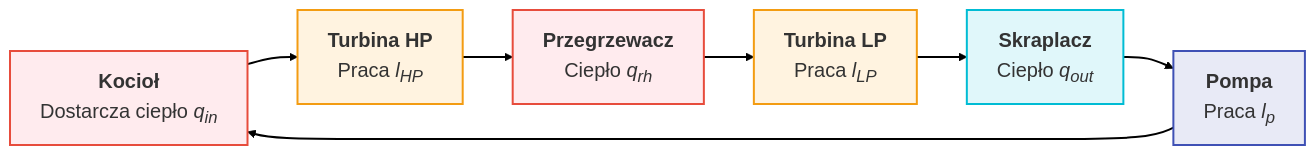
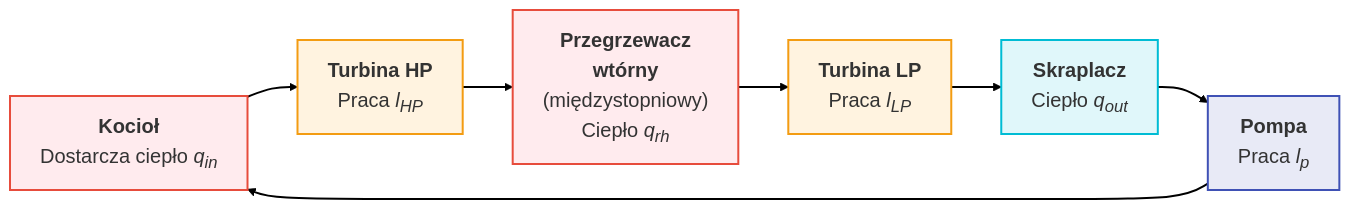
One commit to moondec/Termodynamika changed the third of 3 diagrams in Wyklady/10_Obiegi_Parowe.qmd. Above: the diagram before and after it, drawn with Mermaid. The commit also changed other lines of this file and 80 other files, not shown here.

````diff
--- a/Wyklady/10_Obiegi_Parowe.qmd
+++ b/Wyklady/10_Obiegi_Parowe.qmd
@@ -716,22 +716,22 @@
 ```{mermaid}
 %%| fig-align: center
 %%| fig-width: 12
 %%| fig-height: 3
 %%{init: {'theme': 'default', 'flowchart': { 'useMaxWidth': false, 'htmlLabels': true }, 'themeVariables': { 'fontSize': '20px', 'fontFamily': 'sans-serif' }}}%%
 flowchart LR
     K["<b>Kocioł</b><br>Dostarcza ciepło <em style='font-style: italic'>q<sub>in</sub></em>"] --> HP["<b>Turbina HP</b><br>Praca <em style='font-style: italic'>l<sub>HP</sub></em>"]
-    HP --> K2["<b>Przegrzewacz</b><br>Ciepło <em style='font-style: italic'>q<sub>rh</sub></em>"]
+    HP --> K2["<b>Przegrzewacz<br>wtórny</b><br>(międzystopniowy)<br>Ciepło <em style='font-style: italic'>q<sub>rh</sub></em>"]
     K2 --> LP["<b>Turbina LP</b><br>Praca <em style='font-style: italic'>l<sub>LP</sub></em>"]
     LP --> S["<b>Skraplacz</b><br>Ciepło <em style='font-style: italic'>q<sub>out</sub></em>"]
     S --> P["<b>Pompa</b><br>Praca <em style='font-style: italic'>l<sub>p</sub></em>"]
     P --> K
     
     style K fill:#ffebee,stroke:#e74c3c,stroke-width:2px
     style K2 fill:#ffebee,stroke:#e74c3c,stroke-width:2px
     style HP fill:#fff3e0,stroke:#f39c12,stroke-width:2px
     style LP fill:#fff3e0,stroke:#f39c12,stroke-width:2px
     style S fill:#e0f7fa,stroke:#00bcd4,stroke-width:2px
     style P fill:#e8eaf6,stroke:#3f51b5,stroke-width:2px
     
     linkStyle default stroke-width:2px,fill:none,stroke:black
 ```
````
